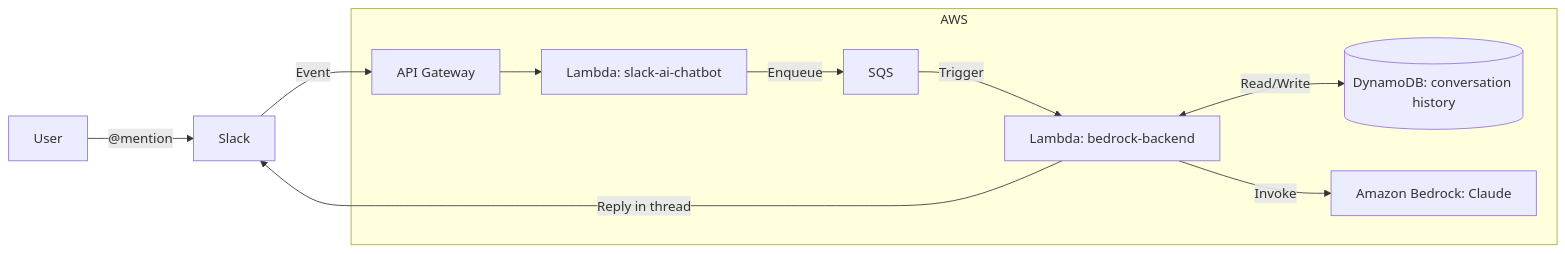
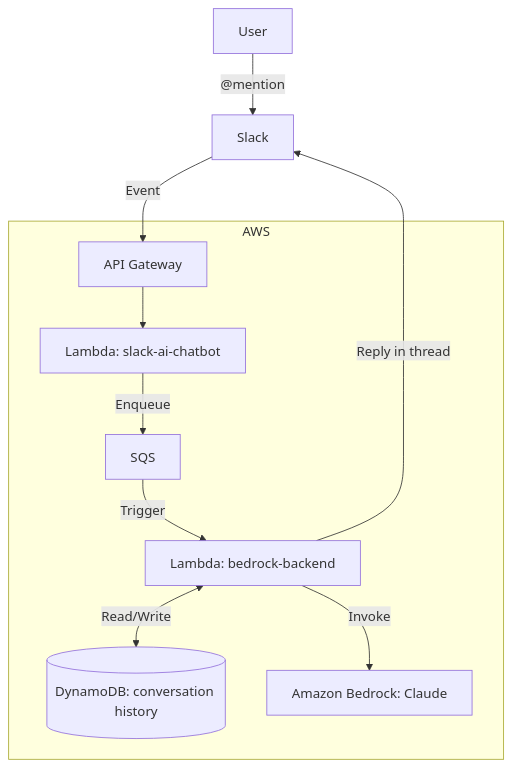
The diagram in bedrock-slack-ai-chatbot/README.md (haruka-aibara/haruka-aibara), drawn with Mermaid before and after one commit.

Commit message:
Change Mermaid diagram layout to top-down

````diff
--- a/bedrock-slack-ai-chatbot/README.md
+++ b/bedrock-slack-ai-chatbot/README.md
@@ -11,21 +11,21 @@
 ```mermaid
-flowchart LR
+flowchart TD
     User -->|"@mention"| Slack
 
     subgraph AWS
         APIGW[API Gateway]
         LambdaFront[Lambda: slack-ai-chatbot]
         SQS[SQS]
         LambdaBack[Lambda: bedrock-backend]
         DynamoDB[(DynamoDB: conversation history)]
         Bedrock[Amazon Bedrock: Claude]
     end
 
     Slack -->|Event| APIGW
     APIGW --> LambdaFront
     LambdaFront -->|Enqueue| SQS
     SQS -->|Trigger| LambdaBack
     LambdaBack <-->|Read/Write| DynamoDB
     LambdaBack -->|Invoke| Bedrock
     LambdaBack -->|Reply in thread| Slack
 ```
````
